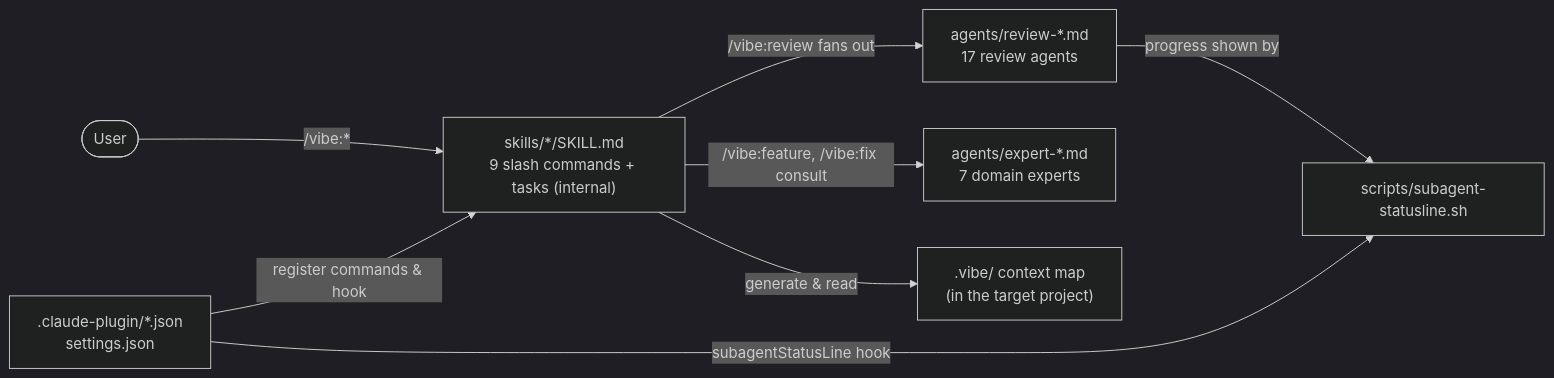
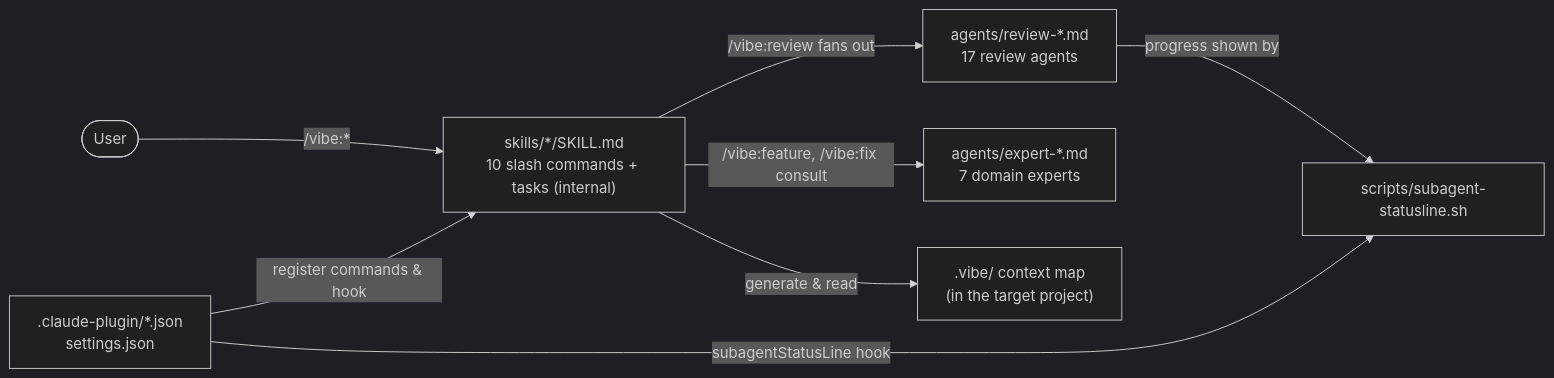
One commit to neolao/claude-plugin-vibe changed the diagram in docs/architecture.md. Above: the diagram before and after it, drawn with Mermaid (dark theme). The commit also changed other lines of this file and 10 other files, not shown here.

````diff
--- a/docs/architecture.md
+++ b/docs/architecture.md
@@ -24,10 +24,10 @@
 ```mermaid
 flowchart LR
-    user([User]) -- "/vibe:*" --> skills["skills/*/SKILL.md<br/>9 slash commands + tasks (internal)"]
+    user([User]) -- "/vibe:*" --> skills["skills/*/SKILL.md<br/>10 slash commands + tasks (internal)"]
     skills -- "/vibe:review fans out" --> agents["agents/review-*.md<br/>17 review agents"]
     skills -- "/vibe:feature, /vibe:fix consult" --> experts["agents/expert-*.md<br/>7 domain experts"]
     skills -- "generate & read" --> vibe[".vibe/ context map<br/>(in the target project)"]
     manifests[".claude-plugin/*.json<br/>settings.json"] -- "register commands & hook" --> skills
     manifests -- "subagentStatusLine hook" --> statusline["scripts/subagent-statusline.sh"]
     agents -- "progress shown by" --> statusline
 ```
````
